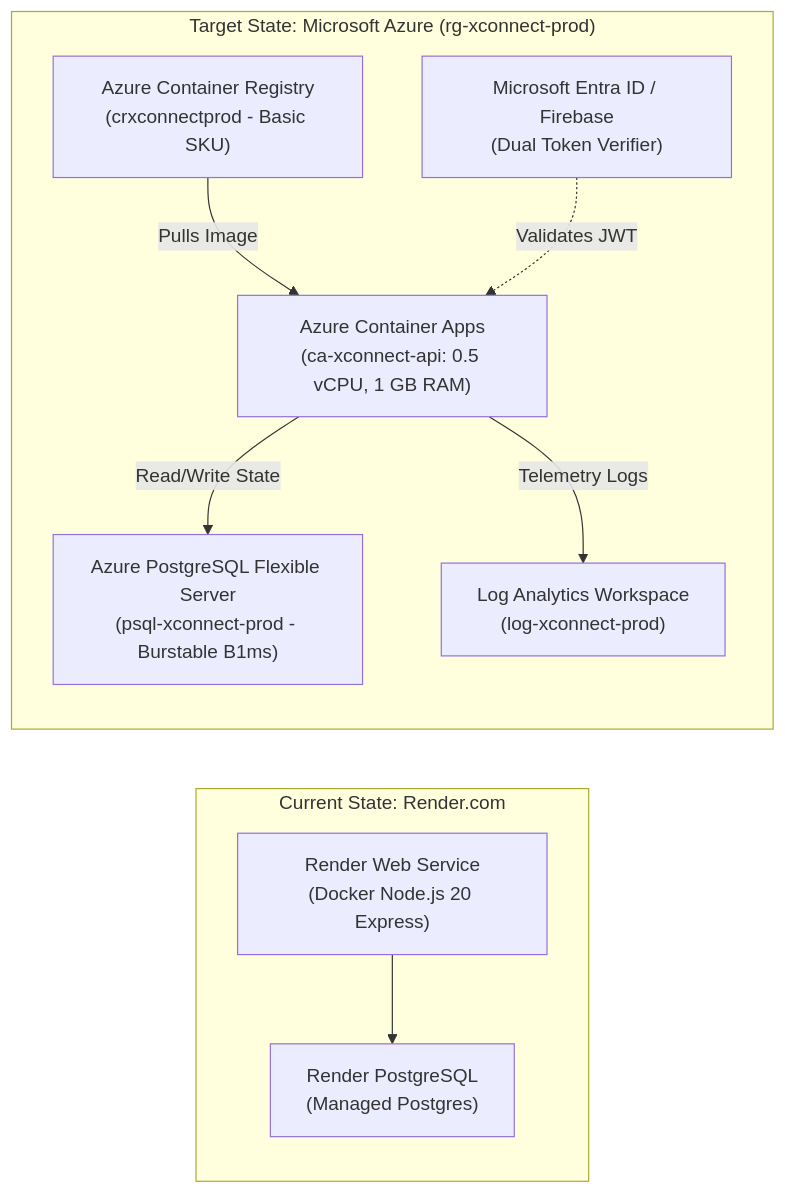
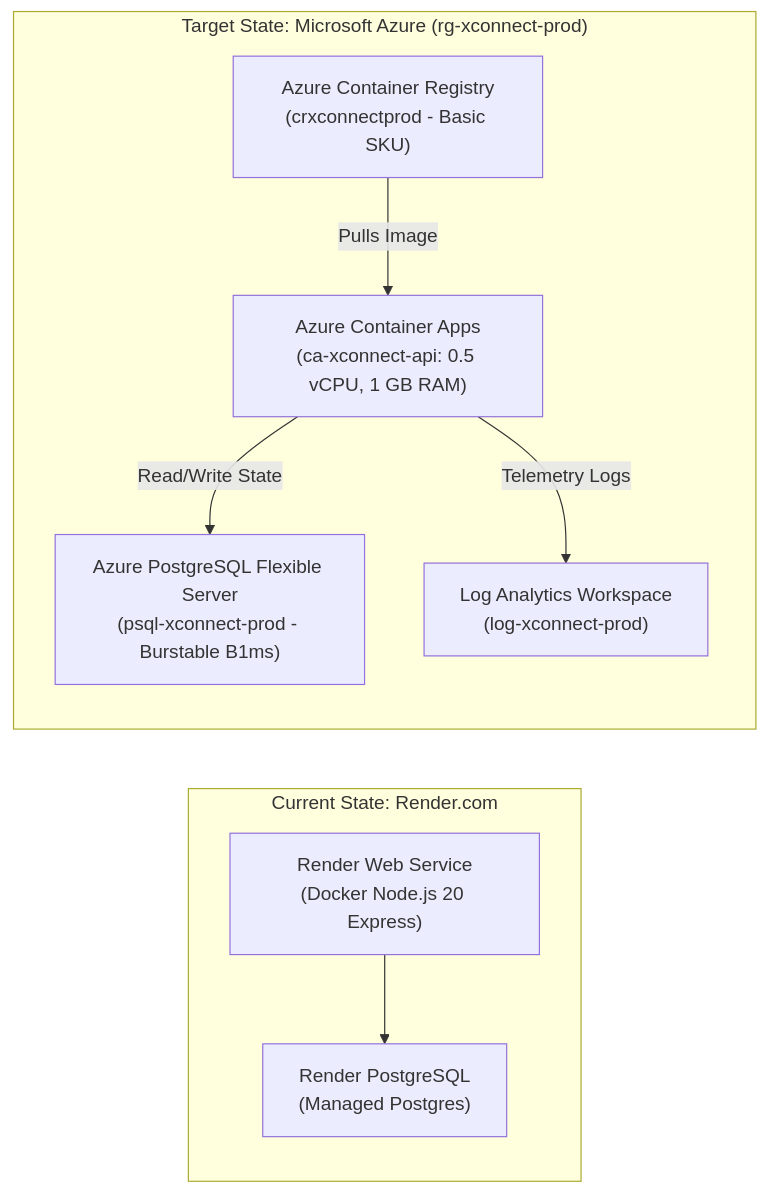
The diagram in docs/AZURE_MIGRATION_README.md (WCTHLS/XConnect), drawn with Mermaid before and after one commit. The commit also changed other lines of this file and 1 other file, not shown here.

````diff
--- a/docs/AZURE_MIGRATION_README.md
+++ b/docs/AZURE_MIGRATION_README.md
@@ -41,21 +146,19 @@
 ```mermaid
 flowchart LR
     subgraph Current_Render["Current State: Render.com"]
         R_API["Render Web Service\n(Docker Node.js 20 Express)"]
         R_DB["Render PostgreSQL\n(Managed Postgres)"]
         R_API --> R_DB
     end
 
     subgraph Target_Azure["Target State: Microsoft Azure (rg-xconnect-prod)"]
         ACR["Azure Container Registry\n(crxconnectprod - Basic SKU)"]
         ACA["Azure Container Apps\n(ca-xconnect-api: 0.5 vCPU, 1 GB RAM)"]
         APG["Azure PostgreSQL Flexible Server\n(psql-xconnect-prod - Burstable B1ms)"]
         LOG["Log Analytics Workspace\n(log-xconnect-prod)"]
-        AUTH["Microsoft Entra ID / Firebase\n(Dual Token Verifier)"]
         
         ACR -->|Pulls Image| ACA
         ACA -->|Read/Write State| APG
         ACA -->|Telemetry Logs| LOG
-        AUTH -.->|Validates JWT| ACA
     end
 ```
````
